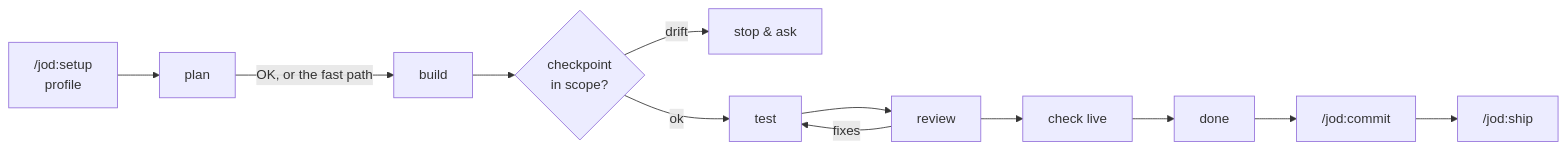
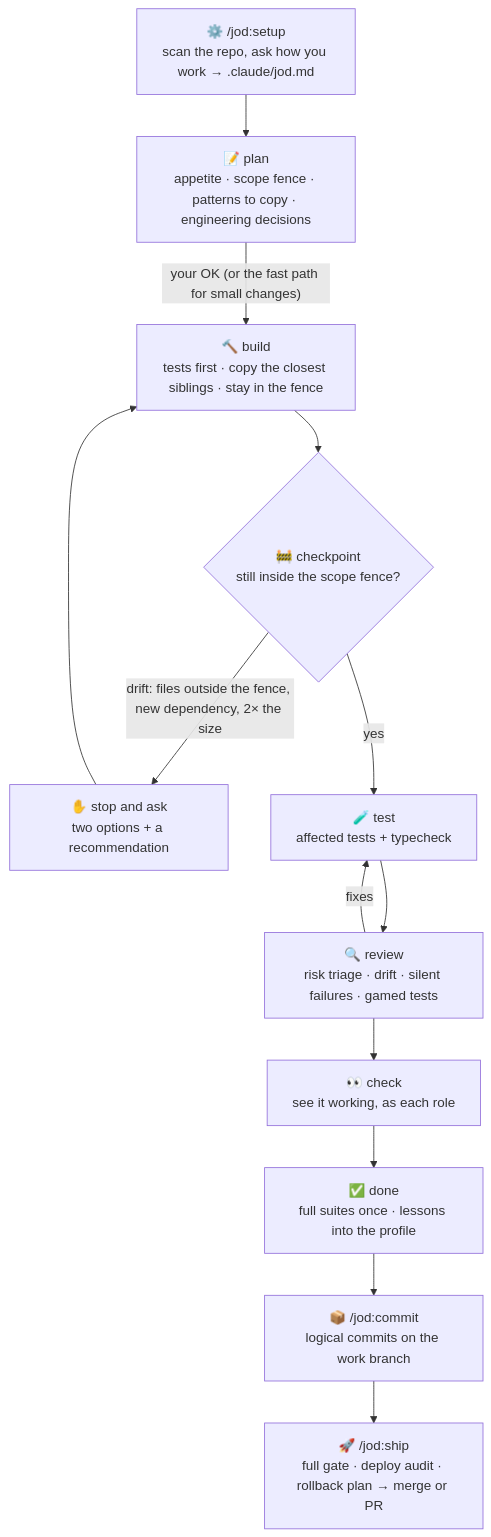
One commit to l3lackcurtains/jod changed the diagram in README.md. Above: the diagram before and after it, drawn with Mermaid. The commit also changed other lines of this file and 25 other files, not shown here.

Commit message:
feat: v1.5, portable Agent Skills + installers for Codex, Cursor, OpenCode, Copilot, Gemini CLI and ZCode; vertical how-it-works diagram

````diff
--- a/README.md
+++ b/README.md
@@ -58,10 +68,16 @@
 ```mermaid
-flowchart LR
-    S["/jod:setup<br/>profile"] --> P[plan]
-    P -->|OK, or the fast path| B[build]
-    B --> C{checkpoint<br/>in scope?}
-    C -->|drift| Q[stop & ask]
-    C -->|ok| T[test] --> R[review] --> K[check live] --> D[done]
-    R -->|fixes| T
-    D --> CM["/jod:commit"] --> SH["/jod:ship"]
+flowchart TD
+    S["⚙️ /jod:setup<br/>scan the repo, ask how you work → .claude/jod.md"]
+    S --> P["📝 plan<br/>appetite · scope fence · patterns to copy · engineering decisions"]
+    P -->|"your OK (or the fast path for small changes)"| B["🔨 build<br/>tests first · copy the closest siblings · stay in the fence"]
+    B --> C{"🚧 checkpoint<br/>still inside the scope fence?"}
+    C -->|"drift: files outside the fence, new dependency, 2× the size"| Q["✋ stop and ask<br/>two options + a recommendation"]
+    Q --> B
+    C -->|yes| T["🧪 test<br/>affected tests + typecheck"]
+    T --> R["🔍 review<br/>risk triage · drift · silent failures · gamed tests"]
+    R -->|"fixes"| T
+    R --> K["👀 check<br/>see it working, as each role"]
+    K --> D["✅ done<br/>full suites once · lessons into the profile"]
+    D --> CM["📦 /jod:commit<br/>logical commits on the work branch"]
+    CM --> SH["🚀 /jod:ship<br/>full gate · deploy audit · rollback plan → merge or PR"]
 ```
````
